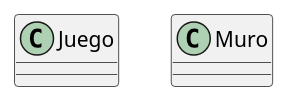
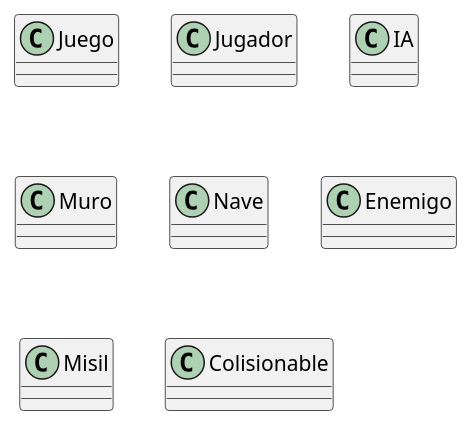
One commit to EduardoIsaacC/space_invaders changed the diagram in docs/Space_Invaders.puml. Above: the diagram before and after it, drawn with PlantUML.

Commit message:
version_1.1

```diff
--- a/docs/Space_Invaders.puml
+++ b/docs/Space_Invaders.puml
@@ -1,5 +1,11 @@
 @startuml Space_Invaders
 class Juego
-class Muro 
+class Jugador
+class IA
+class Muro
+class Nave
+class Enemigo 
+class Misil 
+class Colisionable 
 
 @enduml
```
